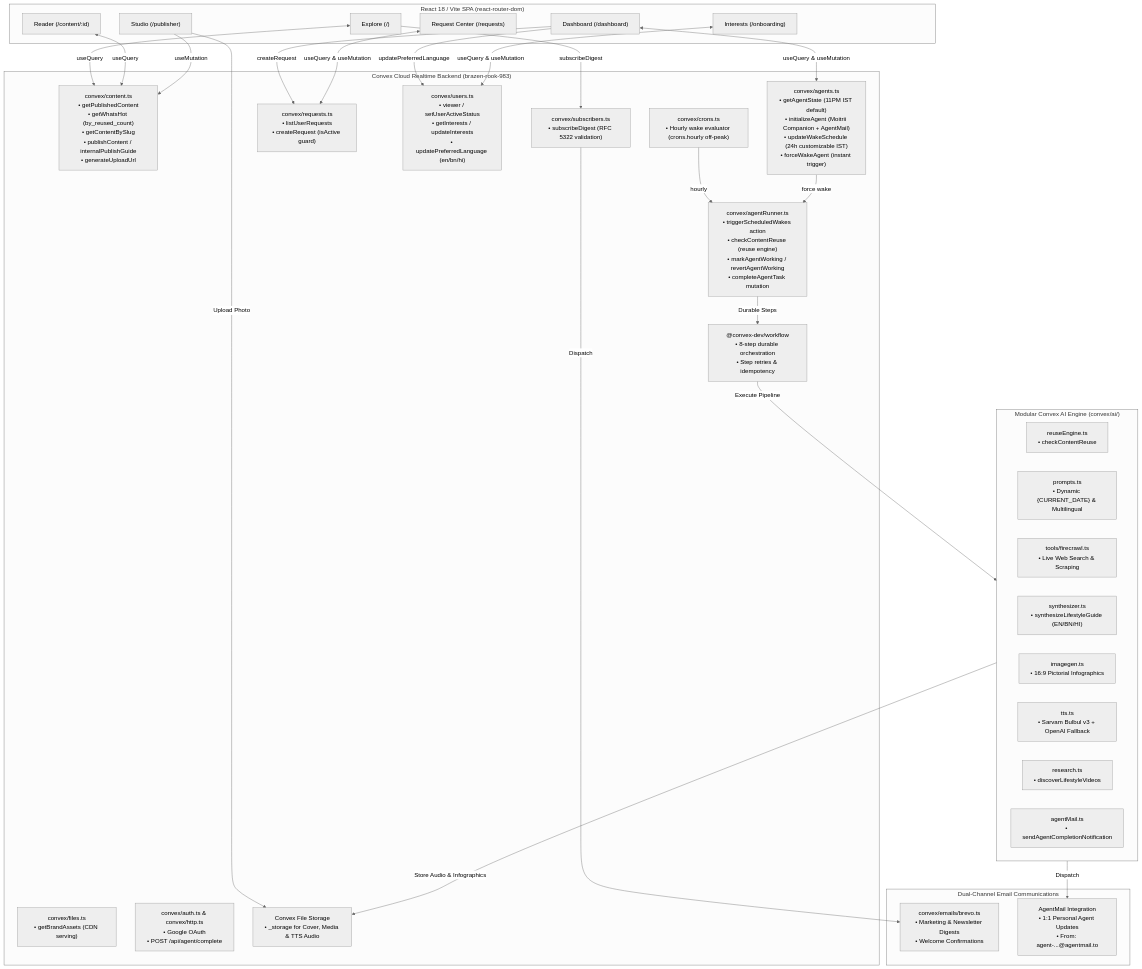
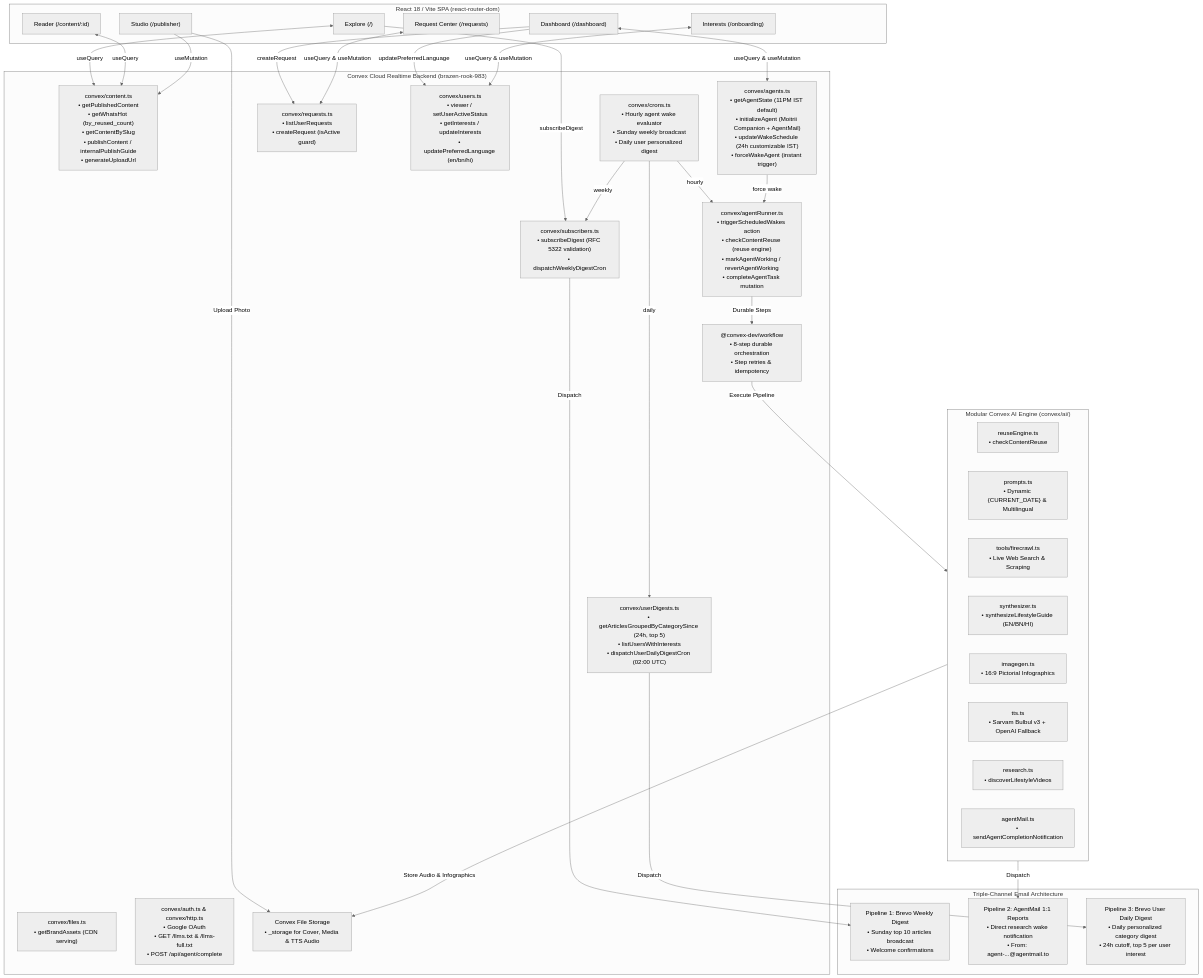
One commit to AmritSDutta/moitrii_frontend changed the diagram in README.md. Above: the diagram before and after it, drawn with Mermaid (neutral theme). The commit also changed other lines of this file and 13 other files, not shown here.

Commit message:
user digest implemented

````diff
--- a/README.md
+++ b/README.md
@@ -87,60 +87,65 @@
 ```mermaid
 flowchart TD
     subgraph Frontend ["React 18 / Vite SPA (react-router-dom)"]
       P_Home["Explore (/)"]
       P_Dash["Dashboard (/dashboard)"]
       P_Req["Request Center (/requests)"]
       P_Reader["Reader (/content/:id)"]
       P_Pub["Studio (/publisher)"]
       P_Onb["Interests (/onboarding)"]
     end
 
     subgraph ConvexBackend ["Convex Cloud Realtime Backend (brazen-rook-983)"]
       F_Content["convex/content.ts<br/>• getPublishedContent<br/>• getWhatsHot (by_reused_count)<br/>• getContentBySlug<br/>• publishContent / internalPublishGuide<br/>• generateUploadUrl"]
       F_Agents["convex/agents.ts<br/>• getAgentState (11PM IST default)<br/>• initializeAgent (Moitrii Companion + AgentMail)<br/>• updateWakeSchedule (24h customizable IST)<br/>• forceWakeAgent (instant trigger)"]
       F_Requests["convex/requests.ts<br/>• listUserRequests<br/>• createRequest (isActive guard)"]
       F_Users["convex/users.ts<br/>• viewer / setUserActiveStatus<br/>• getInterests / updateInterests<br/>• updatePreferredLanguage (en/bn/hi)"]
-      F_Subscribers["convex/subscribers.ts<br/>• subscribeDigest (RFC 5322 validation)"]
-      F_Crons["convex/crons.ts<br/>• Hourly wake evaluator (crons.hourly off-peak)"]
+      F_Subscribers["convex/subscribers.ts<br/>• subscribeDigest (RFC 5322 validation)<br/>• dispatchWeeklyDigestCron"]
+      F_UserDigests["convex/userDigests.ts<br/>• getArticlesGroupedByCategorySince (24h, top 5)<br/>• listUsersWithInterests<br/>• dispatchUserDailyDigestCron (02:00 UTC)"]
+      F_Crons["convex/crons.ts<br/>• Hourly agent wake evaluator<br/>• Sunday weekly broadcast<br/>• Daily user personalized digest"]
       F_Workflow["@convex-dev/workflow<br/>• 8-step durable orchestration<br/>• Step retries & idempotency"]
       F_Runner["convex/agentRunner.ts<br/>• triggerScheduledWakes action<br/>• checkContentReuse (reuse engine)<br/>• markAgentWorking / revertAgentWorking<br/>• completeAgentTask mutation"]
       F_Files["convex/files.ts<br/>• getBrandAssets (CDN serving)"]
-      F_Auth["convex/auth.ts & convex/http.ts<br/>• Google OAuth<br/>• POST /api/agent/complete"]
+      F_Auth["convex/auth.ts & convex/http.ts<br/>• Google OAuth<br/>• GET /llms.txt & /llms-full.txt<br/>• POST /api/agent/complete"]
       F_Storage["Convex File Storage<br/>• _storage for Cover, Media & TTS Audio"]
     end
 
     subgraph ModularAIEngine ["Modular Convex AI Engine (convex/ai/)"]
       AI_Reuse["reuseEngine.ts<br/>• checkContentReuse"]
       AI_Prompts["prompts.ts<br/>• Dynamic {CURRENT_DATE} & Multilingual"]
       AI_Tools["tools/firecrawl.ts<br/>• Live Web Search & Scraping"]
       AI_Synth["synthesizer.ts<br/>• synthesizeLifestyleGuide (EN/BN/HI)"]
       AI_Image["imagegen.ts<br/>• 16:9 Pictorial Infographics"]
       AI_TTS["tts.ts<br/>• Sarvam Bulbul v3 + OpenAI Fallback"]
       AI_Res["research.ts<br/>• discoverLifestyleVideos"]
       AI_Mail["agentMail.ts<br/>• sendAgentCompletionNotification"]
     end
 
-    subgraph DualMessaging ["Dual-Channel Email Communications"]
-      M_Brevo["convex/emails/brevo.ts<br/>• Marketing & Newsletter Digests<br/>• Welcome Confirmations"]
-      M_AgentMail["AgentMail Integration<br/>• 1:1 Personal Agent Updates<br/>• From: agent-...@agentmail.to"]
+    subgraph TripleMessaging ["Triple-Channel Email Architecture"]
+      M_Brevo1["Pipeline 1: Brevo Weekly Digest<br/>• Sunday top 10 articles broadcast<br/>• Welcome confirmations"]
+      M_AgentMail["Pipeline 2: AgentMail 1:1 Reports<br/>• Direct research wake notification<br/>• From: agent-...@agentmail.to"]
+      M_Brevo2["Pipeline 3: Brevo User Daily Digest<br/>• Daily personalized category digest<br/>• 24h cutoff, top 5 per user interest"]
     end
 
     P_Home <-->|useQuery| F_Content
     P_Home -->|subscribeDigest| F_Subscribers
     P_Reader <-->|useQuery| F_Content
     P_Pub -->|useMutation| F_Content
     P_Pub -->|Upload Photo| F_Storage
     P_Dash <-->|useQuery & useMutation| F_Agents
     P_Dash -->|updatePreferredLanguage| F_Users
     P_Dash -->|createRequest| F_Requests
     P_Req <-->|useQuery & useMutation| F_Requests
     P_Onb <-->|useQuery & useMutation| F_Users
 
-    F_Subscribers -->|Dispatch| M_Brevo
+    F_Subscribers -->|Dispatch| M_Brevo1
+    F_UserDigests -->|Dispatch| M_Brevo2
     F_Crons -->|hourly| F_Runner
+    F_Crons -->|weekly| F_Subscribers
+    F_Crons -->|daily| F_UserDigests
     F_Agents -->|force wake| F_Runner
     F_Runner -->|Durable Steps| F_Workflow
     F_Workflow -->|Execute Pipeline| ModularAIEngine
     ModularAIEngine -->|Dispatch| M_AgentMail
     ModularAIEngine -->|Store Audio & Infographics| F_Storage
 ```
````
